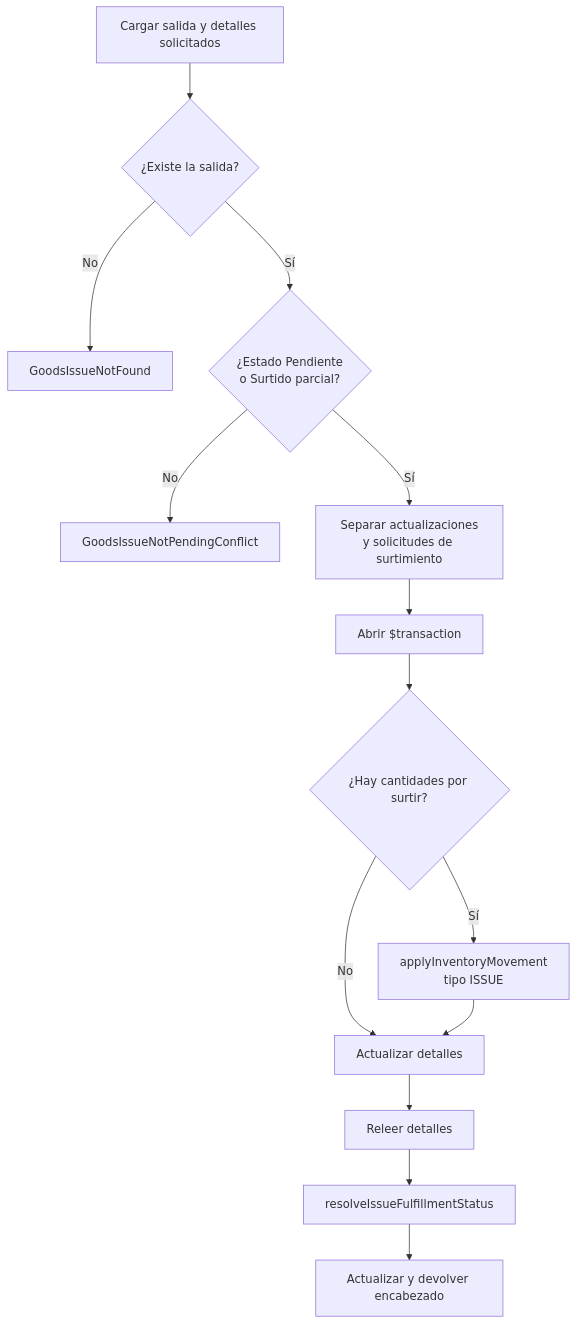
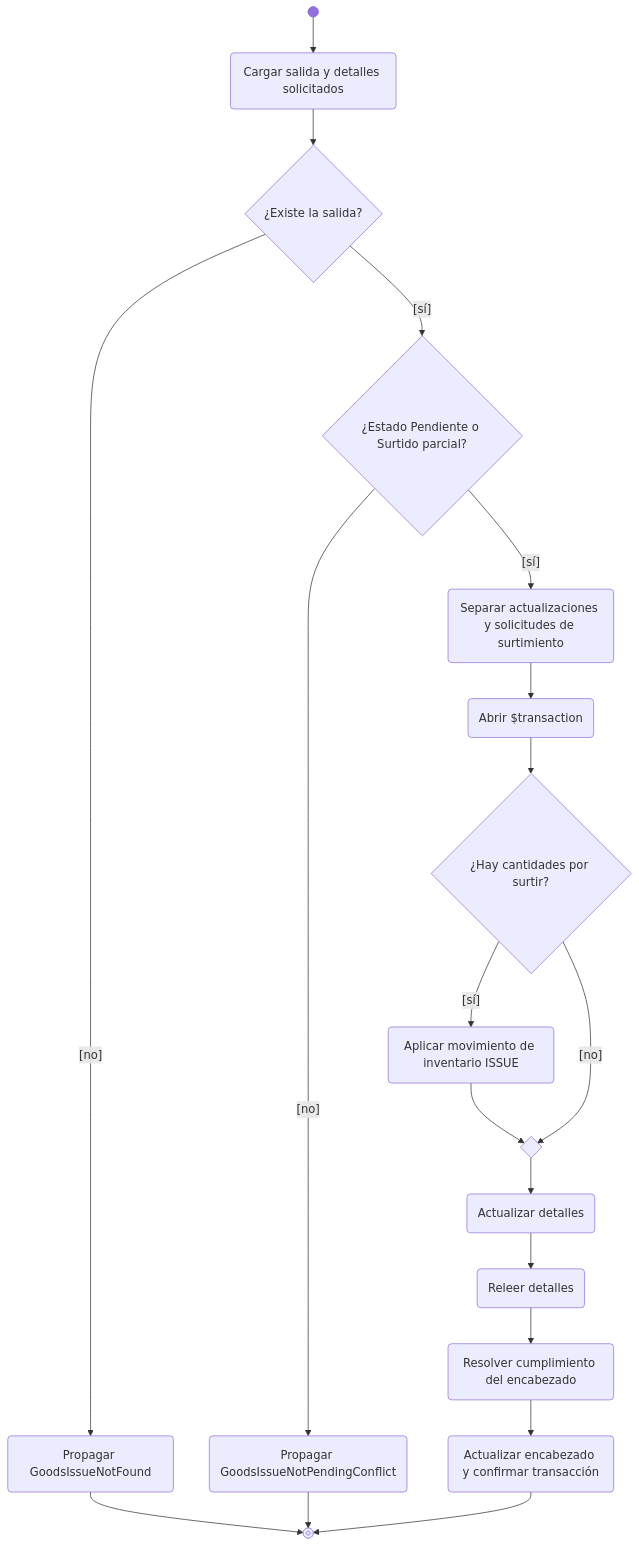
The fourth of 7 diagrams in docs/architecture/views/development/backend-technical-documentation/02-views-technical-applied.md (gpgsistemas01/nexus), drawn with Mermaid before and after one commit. The commit also changed other lines of this file and 20 other files, not shown here.

Commit message:
docs: corregir relaciones ER y notación UML de diagramas

````diff
--- a/docs/architecture/views/development/backend-technical-documentation/02-views-technical-applied.md
+++ b/docs/architecture/views/development/backend-technical-documentation/02-views-technical-applied.md
@@ -81,16 +99,21 @@
 ```mermaid
 flowchart TB
-    load["Cargar salida y detalles solicitados"] --> exists{"¿Existe la salida?"}
-    exists -->|No| notFound["GoodsIssueNotFound"]
-    exists -->|Sí| editable{"¿Estado Pendiente<br/>o Surtido parcial?"}
-    editable -->|No| conflict["GoodsIssueNotPendingConflict"]
-    editable -->|Sí| classify["Separar actualizaciones<br/>y solicitudes de surtimiento"]
-    classify --> transaction["Abrir $transaction"]
+    initial@{ shape: f-circ } --> load("Cargar salida y detalles solicitados")
+    load --> exists{"¿Existe la salida?"}
+    exists -->|"[no]"| notFound("Propagar GoodsIssueNotFound")
+    exists -->|"[sí]"| editable{"¿Estado Pendiente o Surtido parcial?"}
+    editable -->|"[no]"| conflict("Propagar GoodsIssueNotPendingConflict")
+    editable -->|"[sí]"| classify("Separar actualizaciones y solicitudes de surtimiento")
+    classify --> transaction("Abrir $transaction")
     transaction --> supply{"¿Hay cantidades por surtir?"}
-    supply -->|Sí| movement["applyInventoryMovement<br/>tipo ISSUE"]
-    supply -->|No| update["Actualizar detalles"]
-    movement --> update
-    update --> refresh["Releer detalles"]
-    refresh --> headerStatus["resolveIssueFulfillmentStatus"]
-    headerStatus --> result["Actualizar y devolver encabezado"]
+    supply -->|"[sí]"| movement("Aplicar movimiento de inventario ISSUE")
+    supply -->|"[no]"| mergeUpdate{" "}
+    movement --> mergeUpdate
+    mergeUpdate --> update("Actualizar detalles")
+    update --> refresh("Releer detalles")
+    refresh --> headerStatus("Resolver cumplimiento del encabezado")
+    headerStatus --> result("Actualizar encabezado y confirmar transacción")
+    result --> final@{ shape: fr-circ }
+    notFound --> final
+    conflict --> final
 ```
````
